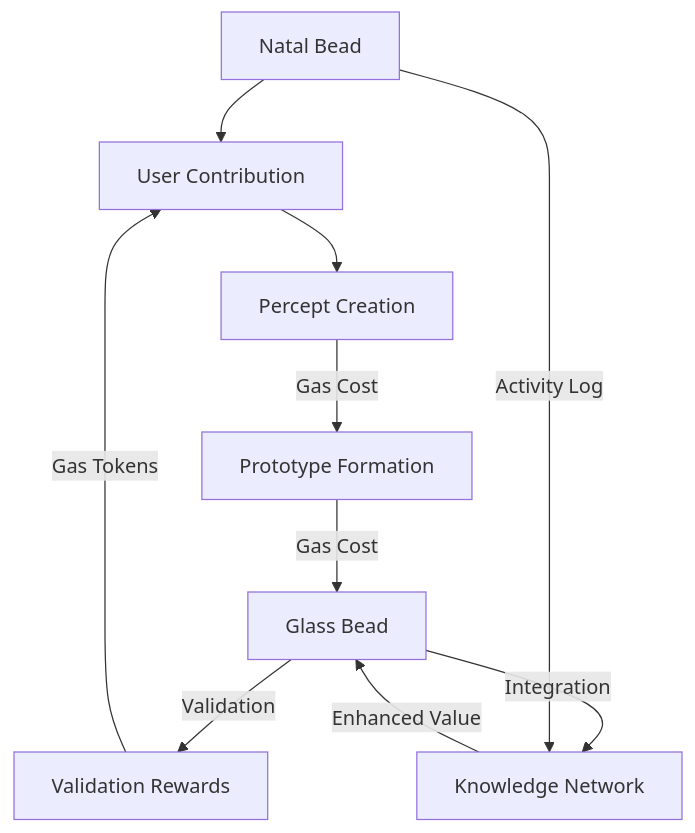
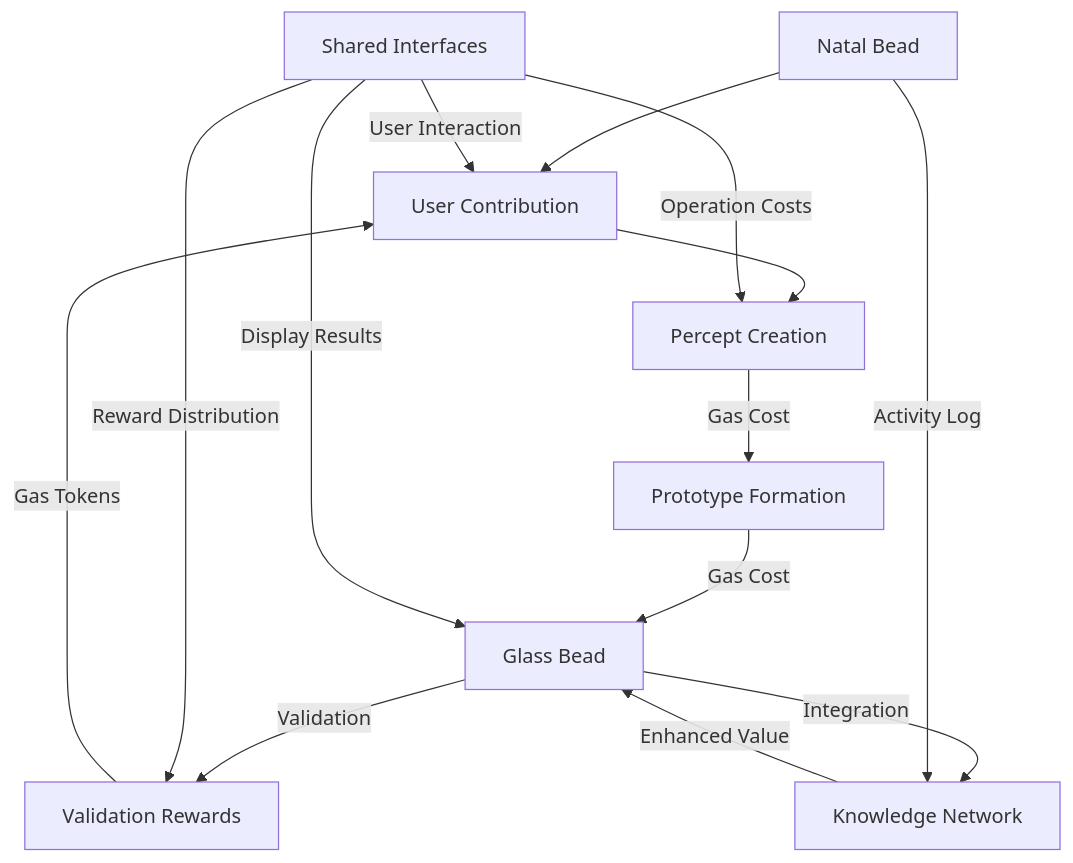
Before and after one commit to heavyblotto/memorativa: the diagram in docs/2. the cybernetic system/memorativa-2-24-tokenomics.md, drawn with Mermaid. The commit also changed other lines of this file and 8 other files, not shown here.

````diff
--- a/docs/2. the cybernetic system/memorativa-2-24-tokenomics.md
+++ b/docs/2. the cybernetic system/memorativa-2-24-tokenomics.md
@@ -85,15 +361,20 @@
 ```mermaid
 graph TD
     NB[Natal Bead] --> UC[User Contribution]
     UC --> PC[Percept Creation]
     PC --> |Gas Cost| PF[Prototype Formation]
     PF --> |Gas Cost| GB[Glass Bead]
     
     GB --> |Validation| VR[Validation Rewards]
     GB --> |Integration| KN[Knowledge Network]
     
     VR --> |Gas Tokens| UC
     KN --> |Enhanced Value| GB
     
     NB --> |Activity Log| KN
+    
+    SI[Shared Interfaces] --> |User Interaction| UC
+    SI --> |Operation Costs| PC
+    SI --> |Display Results| GB
+    SI --> |Reward Distribution| VR
 ```
````
